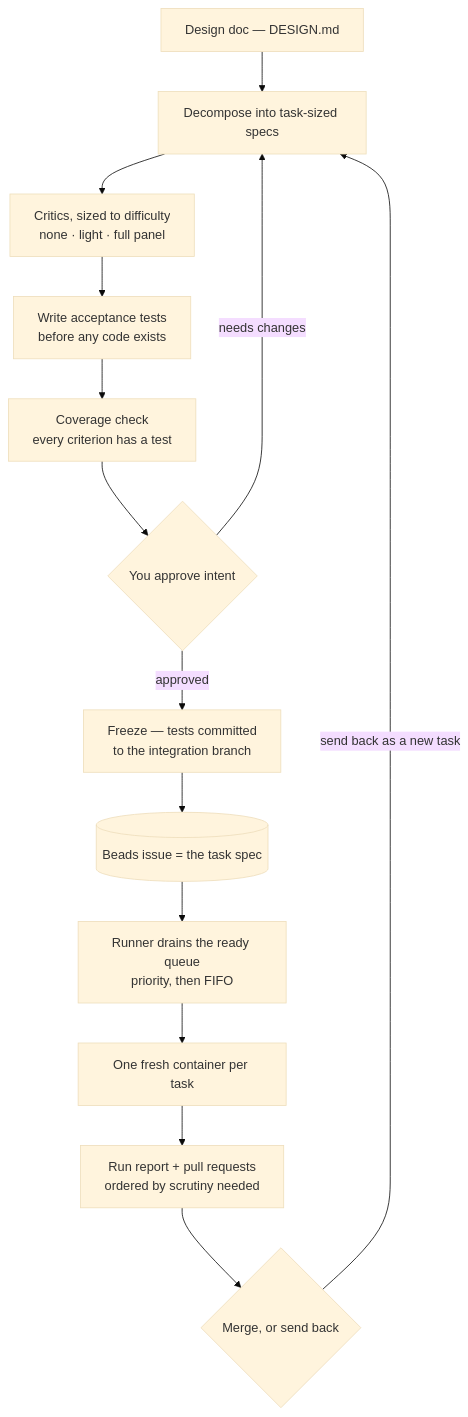
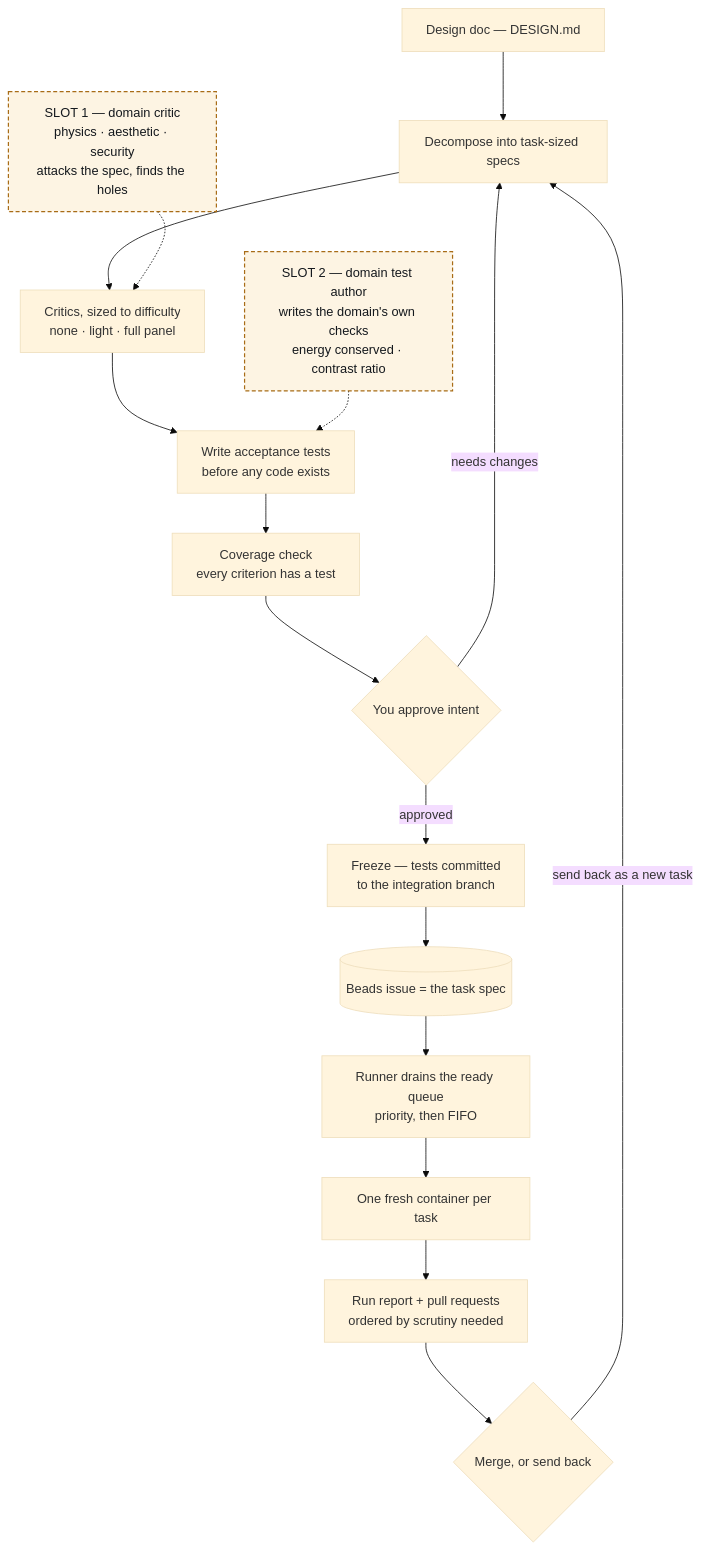
Before and after one commit to Chadleewalker/Multi-AgentPipelines: the first of 3 diagrams in docs/pipeline-diagram.md, drawn with Mermaid (base theme). The commit also changed other lines of this file, not shown here.

First line of the commit message:
docs: show the specialist slots in the diagrams

````diff
--- a/docs/pipeline-diagram.md
+++ b/docs/pipeline-diagram.md
@@ -10,16 +14,21 @@
 ```mermaid
 flowchart TB
   A["Design doc — DESIGN.md"] --> B["Decompose into task-sized specs"]
   B --> C["Critics, sized to difficulty<br/>none · light · full panel"]
+  SP1["SLOT 1 — domain critic<br/>physics · aesthetic · security<br/>attacks the spec, finds the holes"] -.-> C
   C --> D["Write acceptance tests<br/>before any code exists"]
+  SP2["SLOT 2 — domain test author<br/>writes the domain's own checks<br/>energy conserved · contrast ratio"] -.-> D
   D --> E["Coverage check<br/>every criterion has a test"]
   E --> F{"You approve intent"}
   F -->|"needs changes"| B
   F -->|"approved"| G["Freeze — tests committed<br/>to the integration branch"]
   G --> H[("Beads issue = the task spec")]
   H --> I["Runner drains the ready queue<br/>priority, then FIFO"]
   I --> J["One fresh container per task"]
   J --> K["Run report + pull requests<br/>ordered by scrutiny needed"]
   K --> L{"Merge, or send back"}
   L -->|"send back as a new task"| B
+
+  classDef specialist fill:#fdf4e3,stroke:#a86c17,stroke-width:1.5px,stroke-dasharray:5 3,color:#14181d
+  class SP1,SP2 specialist
 ```
````
